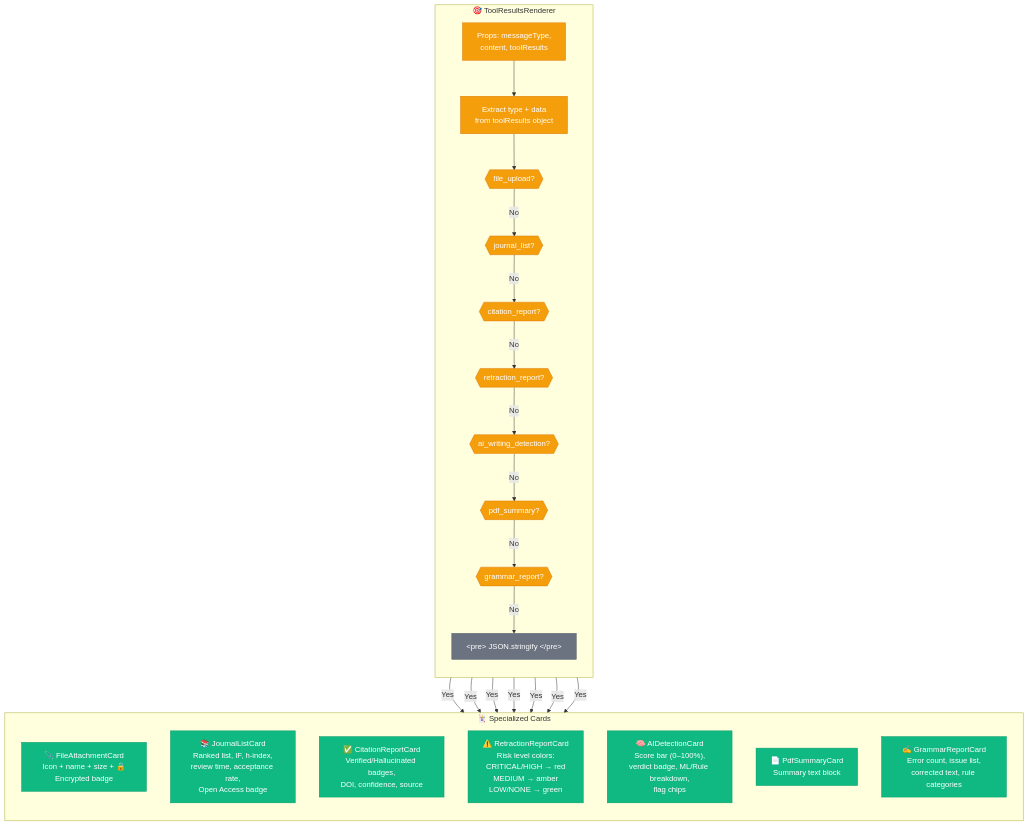
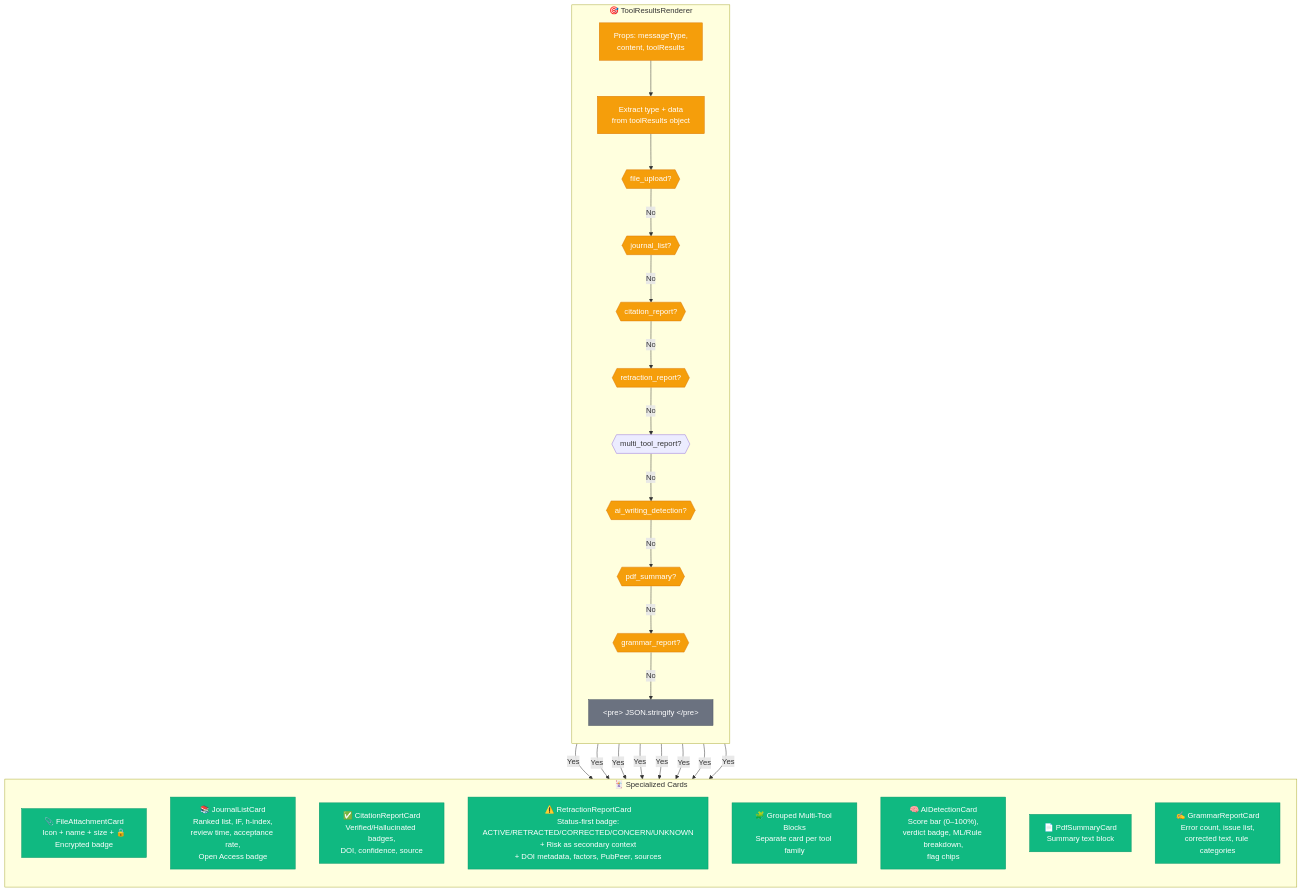
The seventh of 13 diagrams in frontend.md (Nhan-Laptop/NT208.Q21.ANTN), drawn with Mermaid before and after one commit. The commit also changed other lines of this file and 21 other files, not shown here.

````diff
--- a/frontend.md
+++ b/frontend.md
@@ -527,55 +531,59 @@
 ```mermaid
 graph TB
     subgraph DISPATCH["🎯 ToolResultsRenderer"]
         direction TB
         Input["Props: messageType,<br/>content, toolResults"]
         ExtractType["Extract type + data<br/>from toolResults object"]
 
         CheckFU{{"file_upload?"}}
         CheckJL{{"journal_list?"}}
         CheckCR{{"citation_report?"}}
         CheckRR{{"retraction_report?"}}
+        CheckMT{{"multi_tool_report?"}}
         CheckAI{{"ai_writing_detection?"}}
         CheckPDF{{"pdf_summary?"}}
         CheckGR{{"grammar_report?"}}
         Fallback["&lt;pre&gt; JSON.stringify &lt;/pre&gt;"]
 
         Input --> ExtractType
         ExtractType --> CheckFU
         CheckFU -->|"No"| CheckJL
         CheckJL -->|"No"| CheckCR
         CheckCR -->|"No"| CheckRR
-        CheckRR -->|"No"| CheckAI
+        CheckRR -->|"No"| CheckMT
+        CheckMT -->|"No"| CheckAI
         CheckAI -->|"No"| CheckPDF
         CheckPDF -->|"No"| CheckGR
         CheckGR -->|"No"| Fallback
     end
 
     subgraph CARDS["🃏 Specialized Cards"]
         direction TB
         FC["📎 FileAttachmentCard<br/>Icon + name + size + 🔒Encrypted badge"]
         JC["📚 JournalListCard<br/>Ranked list, IF, h-index,<br/>review time, acceptance rate,<br/>Open Access badge"]
         CC["✅ CitationReportCard<br/>Verified/Hallucinated badges,<br/>DOI, confidence, source"]
-        RC["⚠️ RetractionReportCard<br/>Risk level colors:<br/>CRITICAL/HIGH → red<br/>MEDIUM → amber<br/>LOW/NONE → green"]
+        RC["⚠️ RetractionReportCard<br/>Status-first badge:<br/>ACTIVE/RETRACTED/CORRECTED/CONCERN/UNKNOWN<br/>+ Risk as secondary context<br/>+ DOI metadata, factors, PubPeer, sources"]
+        MC["🧩 Grouped Multi-Tool Blocks<br/>Separate card per tool family"]
         AC["🧠 AIDetectionCard<br/>Score bar (0–100%),<br/>verdict badge, ML/Rule breakdown,<br/>flag chips"]
         PC["📄 PdfSummaryCard<br/>Summary text block"]
         GC["✍️ GrammarReportCard<br/>Error count, issue list,<br/>corrected text, rule categories"]
     end
 
     CheckFU -->|"Yes"| FC
     CheckJL -->|"Yes"| JC
     CheckCR -->|"Yes"| CC
     CheckRR -->|"Yes"| RC
+    CheckMT -->|"Yes"| MC
     CheckAI -->|"Yes"| AC
     CheckPDF -->|"Yes"| PC
     CheckGR -->|"Yes"| GC
 
     %% Styles
     classDef dispatch fill:#f59e0b,color:#fff,stroke:#d97706
     classDef card fill:#10b981,color:#fff,stroke:#059669
     classDef fallback fill:#6b7280,color:#fff,stroke:#4b5563
 
     class Input,ExtractType,CheckFU,CheckJL,CheckCR,CheckRR,CheckAI,CheckPDF,CheckGR dispatch
-    class FC,JC,CC,RC,AC,PC,GC card
+    class FC,JC,CC,RC,MC,AC,PC,GC card
     class Fallback fallback
 ```
````
